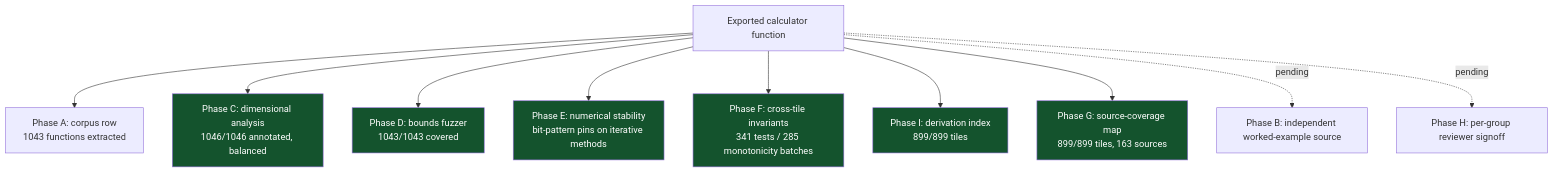
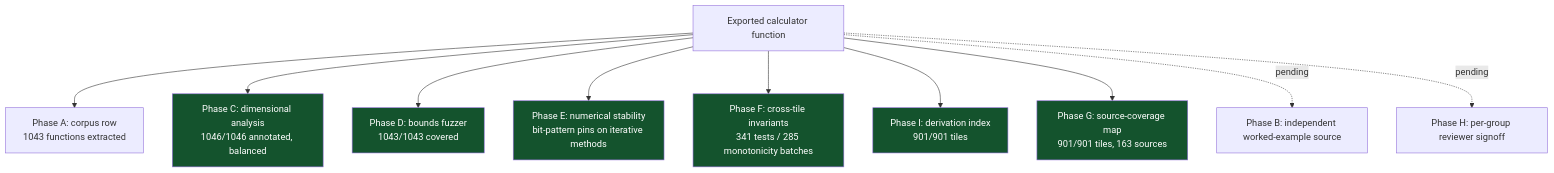
Before and after one commit to clay-good/roughlogic.com: the sixth of 8 diagrams in README.md, drawn with Mermaid. The commit also changed other lines of this file and 19 other files, not shown here.

````diff
--- a/README.md
+++ b/README.md
@@ -519,18 +519,18 @@
 ```mermaid
 flowchart TB
     F[Exported calculator function] --> A[Phase A: corpus row\n1043 functions extracted]
     F --> C[Phase C: dimensional analysis\n1046/1046 annotated, balanced]
     F --> D[Phase D: bounds fuzzer\n1043/1043 covered]
     F --> E[Phase E: numerical stability\nbit-pattern pins on iterative methods]
     F --> Fa[Phase F: cross-tile invariants\n341 tests / 285 monotonicity batches]
-    F --> I[Phase I: derivation index\n899/899 tiles]
-    F --> G[Phase G: source-coverage map\n899/899 tiles, 163 sources]
+    F --> I[Phase I: derivation index\n901/901 tiles]
+    F --> G[Phase G: source-coverage map\n901/901 tiles, 163 sources]
     F -.pending.-> B[Phase B: independent worked-example source]
     F -.pending.-> H[Phase H: per-group reviewer signoff]
     style C fill:#14532d,color:#fff
     style D fill:#14532d,color:#fff
     style E fill:#14532d,color:#fff
     style Fa fill:#14532d,color:#fff
     style G fill:#14532d,color:#fff
     style I fill:#14532d,color:#fff
 ```
````
